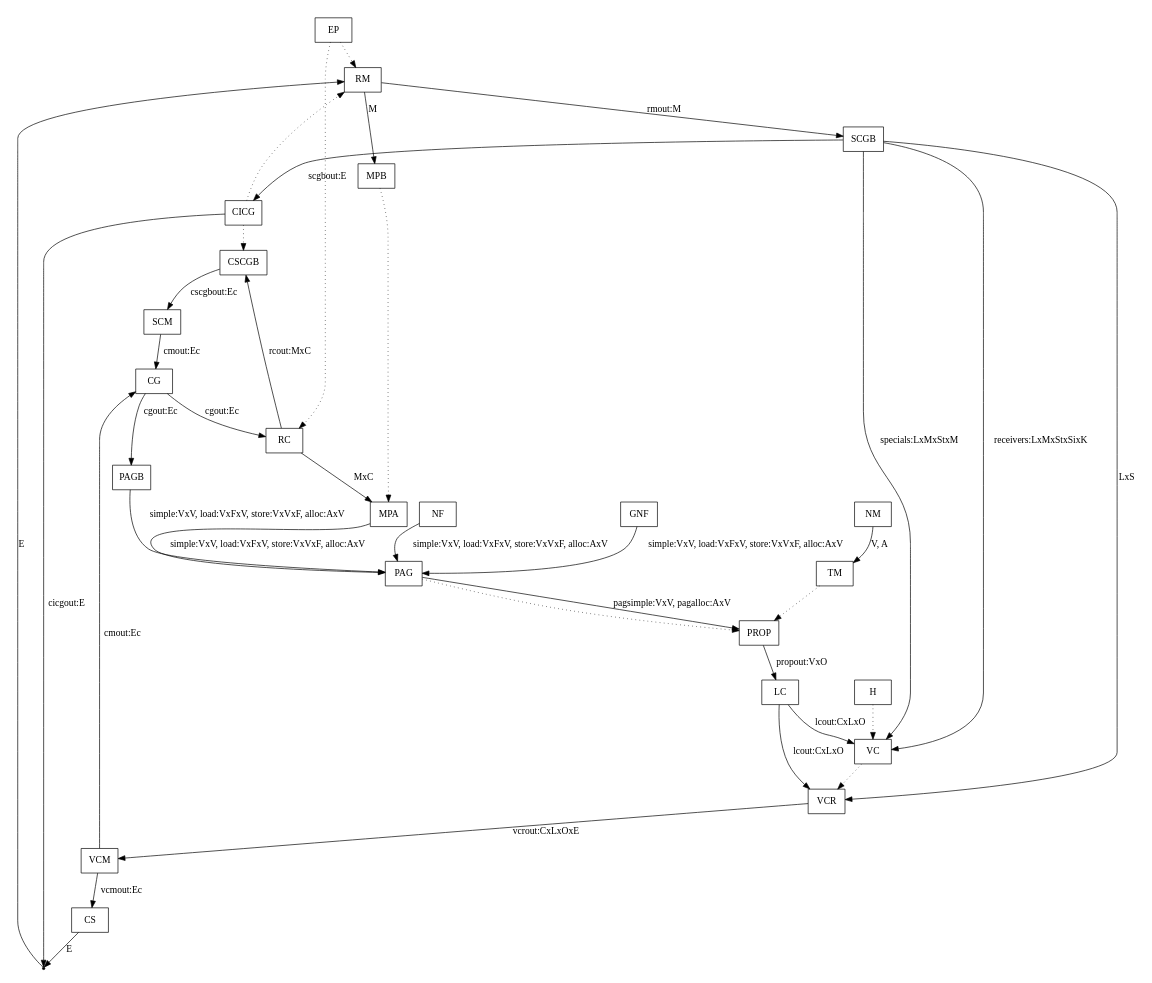
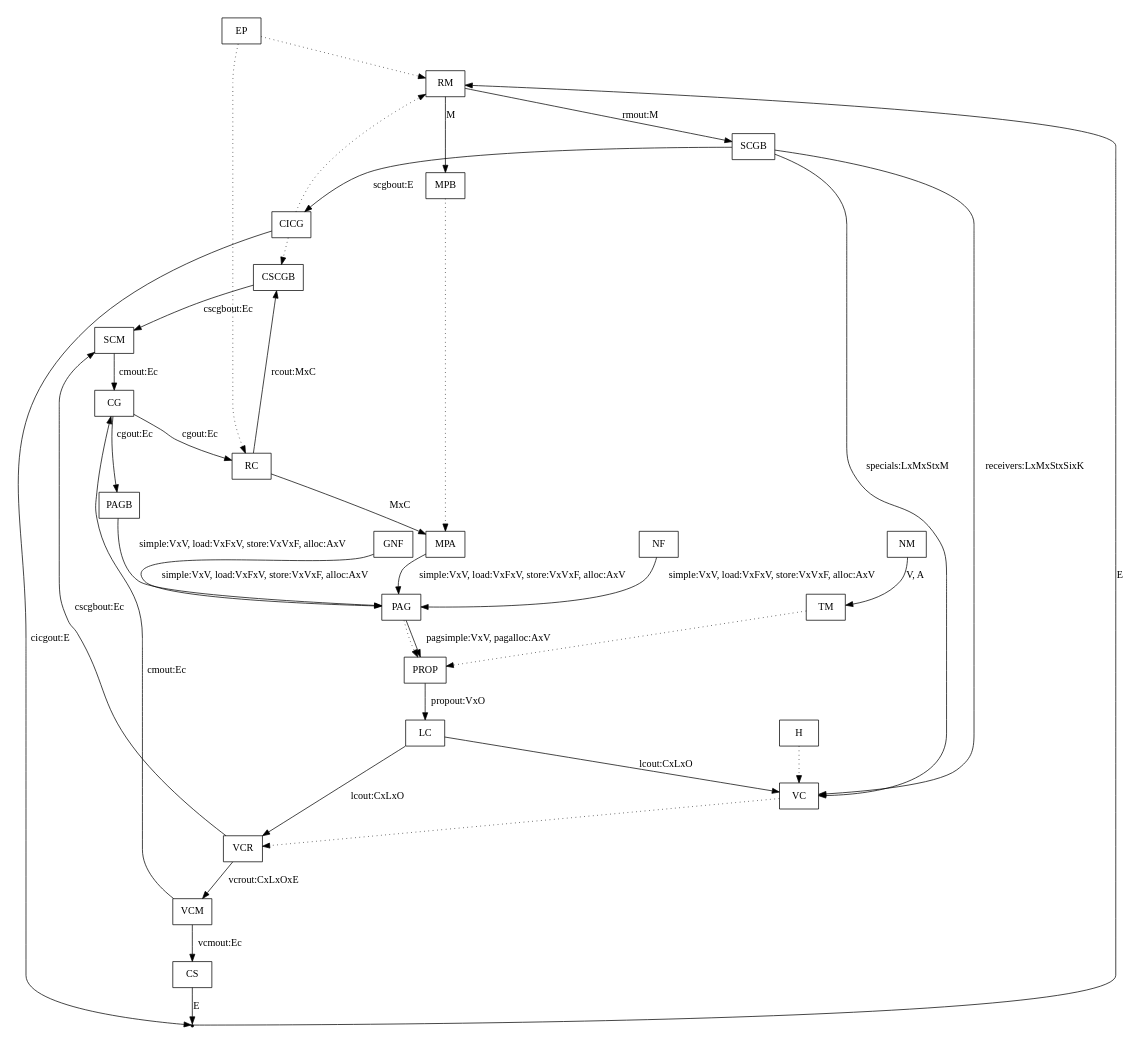
Before and after one commit to ShiftLeftSecurity/soot: the diagram in src/soot/jimple/spark/overview.dot, drawn with Graphviz. The commit also changed 208 other files, not shown here.

```diff
--- a/src/soot/jimple/spark/overview.dot
+++ b/src/soot/jimple/spark/overview.dot
@@ -1,43 +1,43 @@
 digraph overview {
     size="7.5,10";
     mclimit=10.0;
     nslimit=10.0;
     node [shape=box];
     EP -> RM [style=dotted];
     EP -> RC [style=dotted];
     RM -> SCGB [label="rmout:M"];
     SCGB -> CICG [label="scgbout:E"];
     CICG -> A2 [label="cicgout:E"];
     CICG -> RM [style=dotted];
     RC -> CSCGB [label="rcout:MxC"];
     CSCGB -> SCM [label="cscgbout:Ec"];
+    VCR -> SCM [label="cscgbout:Ec"];
     SCM -> CG [label="cmout:Ec"];
     CG -> RC [label="cgout:Ec"];
     VCM -> CS [label="vcmout:Ec"];
     VCM -> CG [label="cmout:Ec"];
     VCR -> VCM [label="vcrout:CxLxOxE"];
     LC -> VCR [label="lcout:CxLxO"];
     PAG -> PROP [label="pagsimple:VxV, pagalloc:AxV"];
     PAGB -> PAG [label="simple:VxV, load:VxFxV, store:VxVxF, alloc:AxV"];
     NF -> PAG [label="simple:VxV, load:VxFxV, store:VxVxF, alloc:AxV"];
     CG -> PAGB [label="cgout:Ec"];
     PROP -> LC [label="propout:VxO"];
     LC -> VC [label="lcout:CxLxO"];
     SCGB -> VC [label="receivers:LxMxStxSixK"];
     SCGB -> VC [label="specials:LxMxStxM"];
     CS -> A2 [label="E"];
     A2 -> RM [label="E"];
-    SCGB -> VCR [label="LxS"];
     CICG -> CSCGB [style=dotted];
     VC -> VCR [style=dotted];
     PAG -> PROP [style=dotted];
     H -> VC [style=dotted];
     A2 [shape=point];
     MPA -> PAG [label="simple:VxV, load:VxFxV, store:VxVxF, alloc:AxV"];
     GNF -> PAG [label="simple:VxV, load:VxFxV, store:VxVxF, alloc:AxV"];
     RM -> MPB [label="M"];
     RC -> MPA [label="MxC"];
     MPB -> MPA [style=dotted];
     NM -> TM [label="V, A"];
     TM -> PROP [style=dotted];
 }
```
